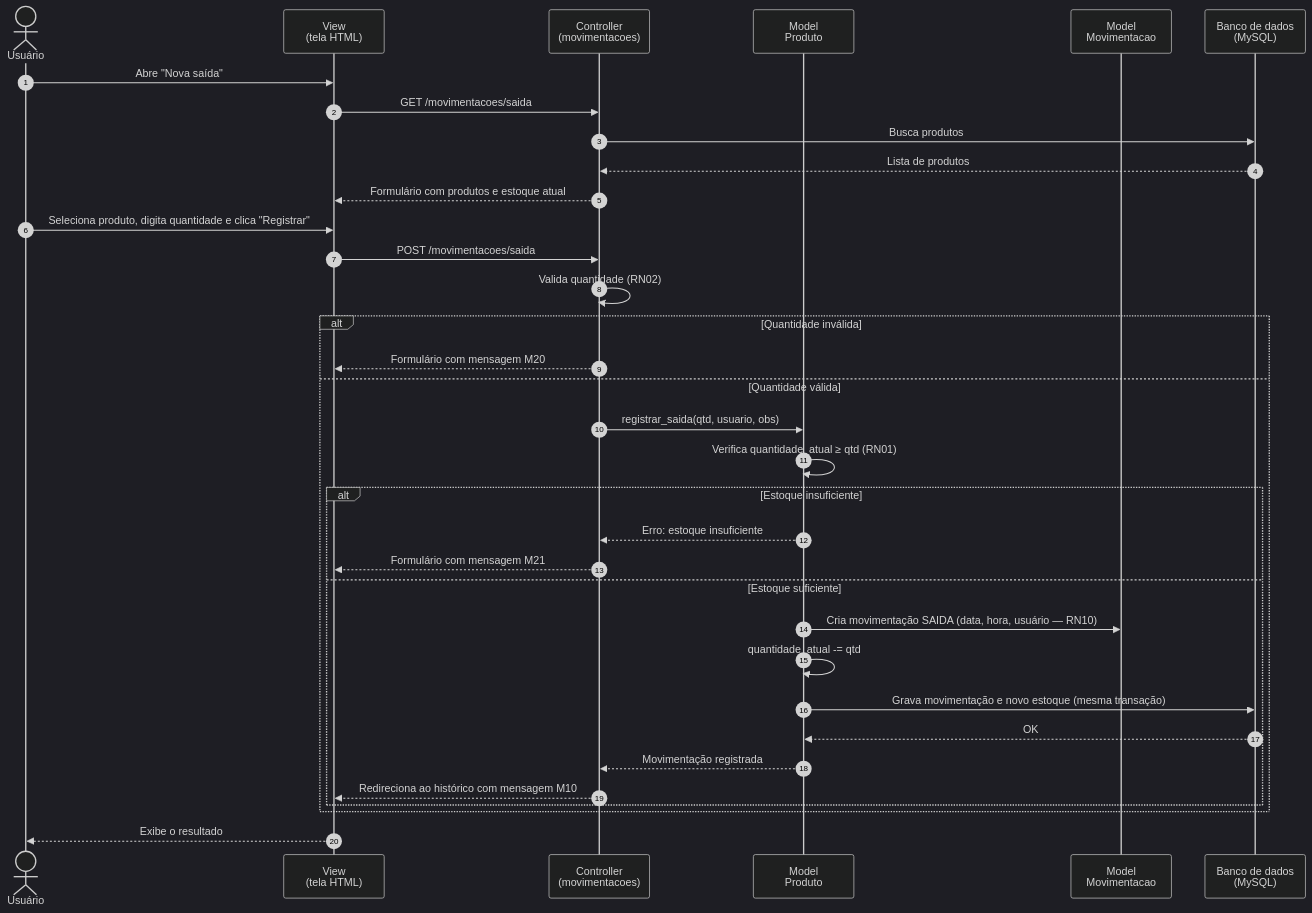
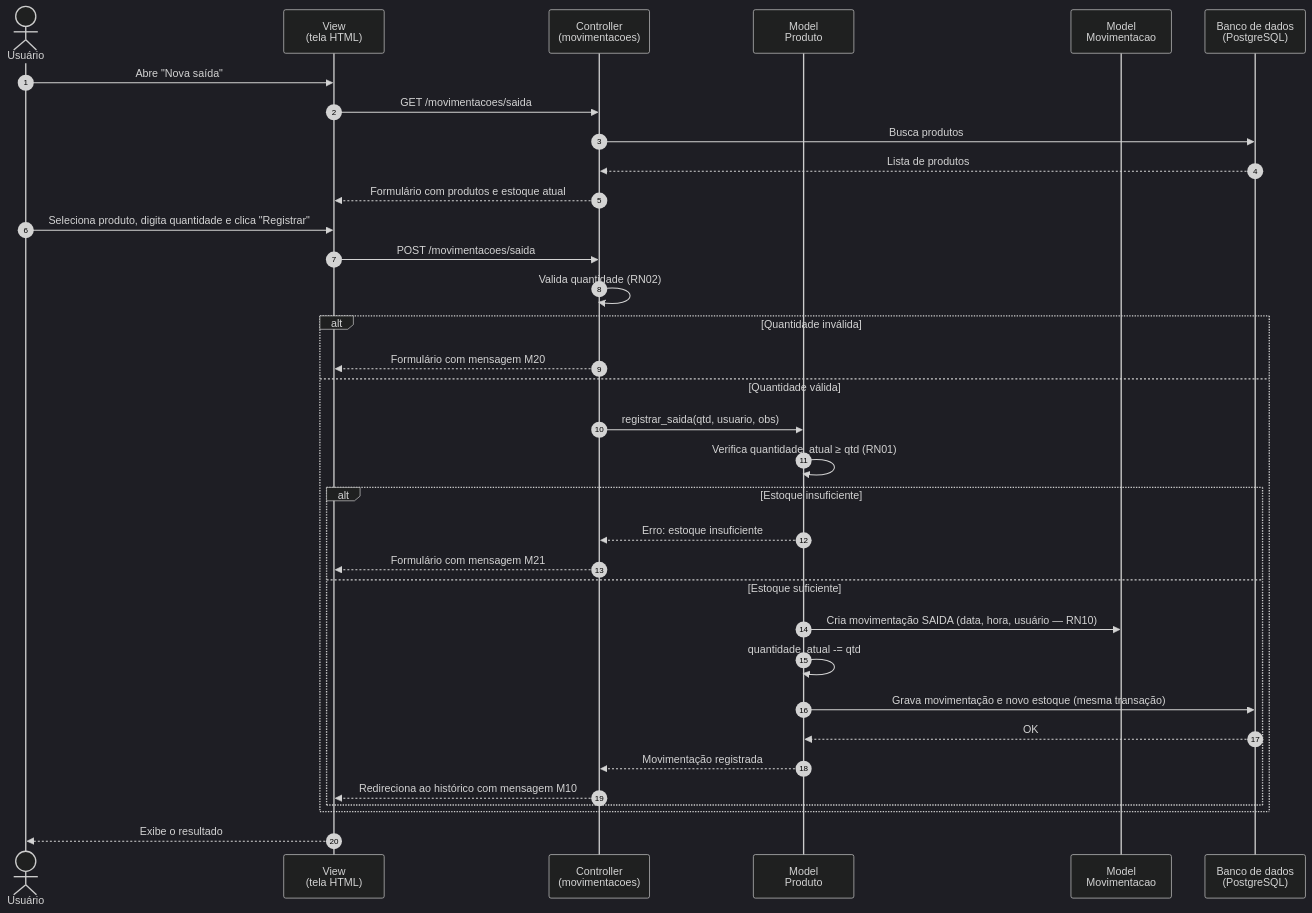
The third of 4 diagrams in docs/situacao-1/02-modelagem-uml.md (Carlosvpontes/ProjetoIntegrador), drawn with Mermaid (dark theme) before and after one commit. The commit also changed 19 other files, not shown here.

First line of the commit message:
Troca da publicação: PythonAnywhere/MySQL → Render + Neon (PostgreSQL)

````diff
--- a/docs/situacao-1/02-modelagem-uml.md
+++ b/docs/situacao-1/02-modelagem-uml.md
@@ -174,37 +174,37 @@
 ```mermaid
 sequenceDiagram
     autonumber
     actor U as Usuário
     participant V as View<br/>(tela HTML)
     participant C as Controller<br/>(movimentacoes)
     participant P as Model<br/>Produto
     participant M as Model<br/>Movimentacao
-    participant DB as Banco de dados<br/>(MySQL)
+    participant DB as Banco de dados<br/>(PostgreSQL)
 
     U->>V: Abre "Nova saída"
     V->>C: GET /movimentacoes/saida
     C->>DB: Busca produtos
     DB-->>C: Lista de produtos
     C-->>V: Formulário com produtos e estoque atual
     U->>V: Seleciona produto, digita quantidade e clica "Registrar"
     V->>C: POST /movimentacoes/saida
     C->>C: Valida quantidade (RN02)
     alt Quantidade inválida
         C-->>V: Formulário com mensagem M20
     else Quantidade válida
         C->>P: registrar_saida(qtd, usuario, obs)
         P->>P: Verifica quantidade_atual ≥ qtd (RN01)
         alt Estoque insuficiente
             P-->>C: Erro: estoque insuficiente
             C-->>V: Formulário com mensagem M21
         else Estoque suficiente
             P->>M: Cria movimentação SAIDA (data, hora, usuário — RN10)
             P->>P: quantidade_atual -= qtd
             P->>DB: Grava movimentação e novo estoque (mesma transação)
             DB-->>P: OK
             P-->>C: Movimentação registrada
             C-->>V: Redireciona ao histórico com mensagem M10
         end
     end
     V-->>U: Exibe o resultado
 ```
````
